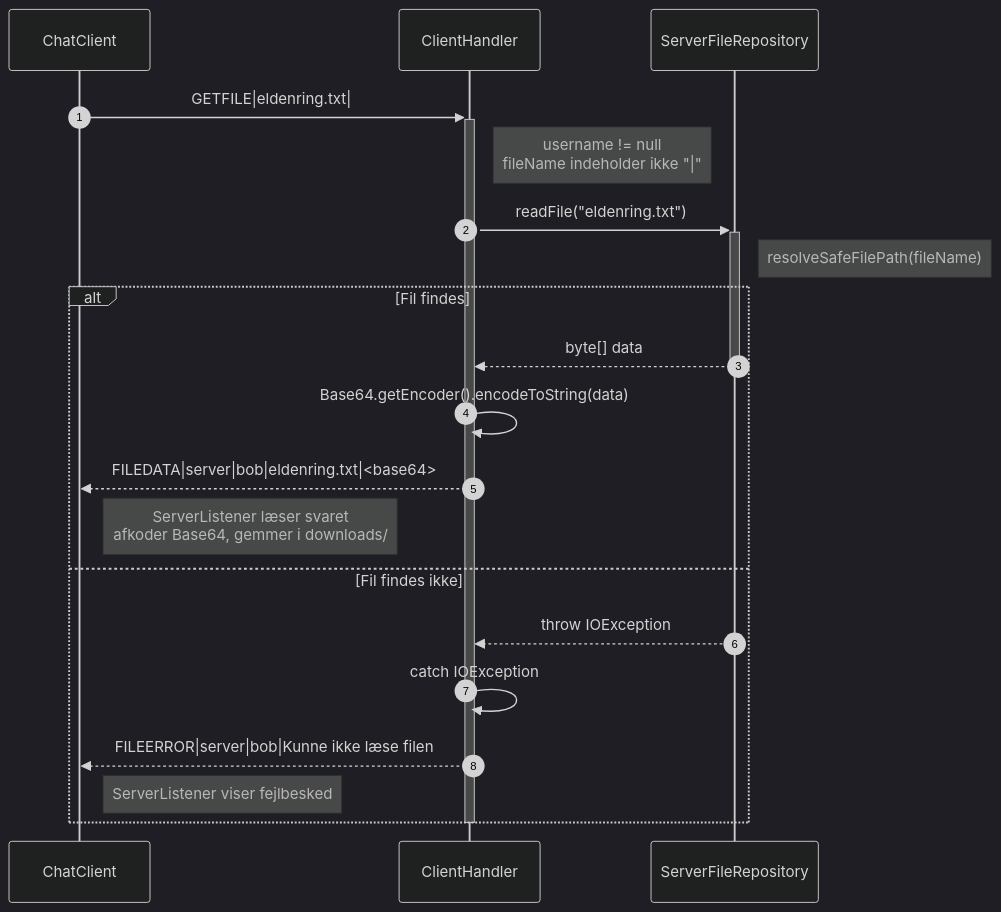
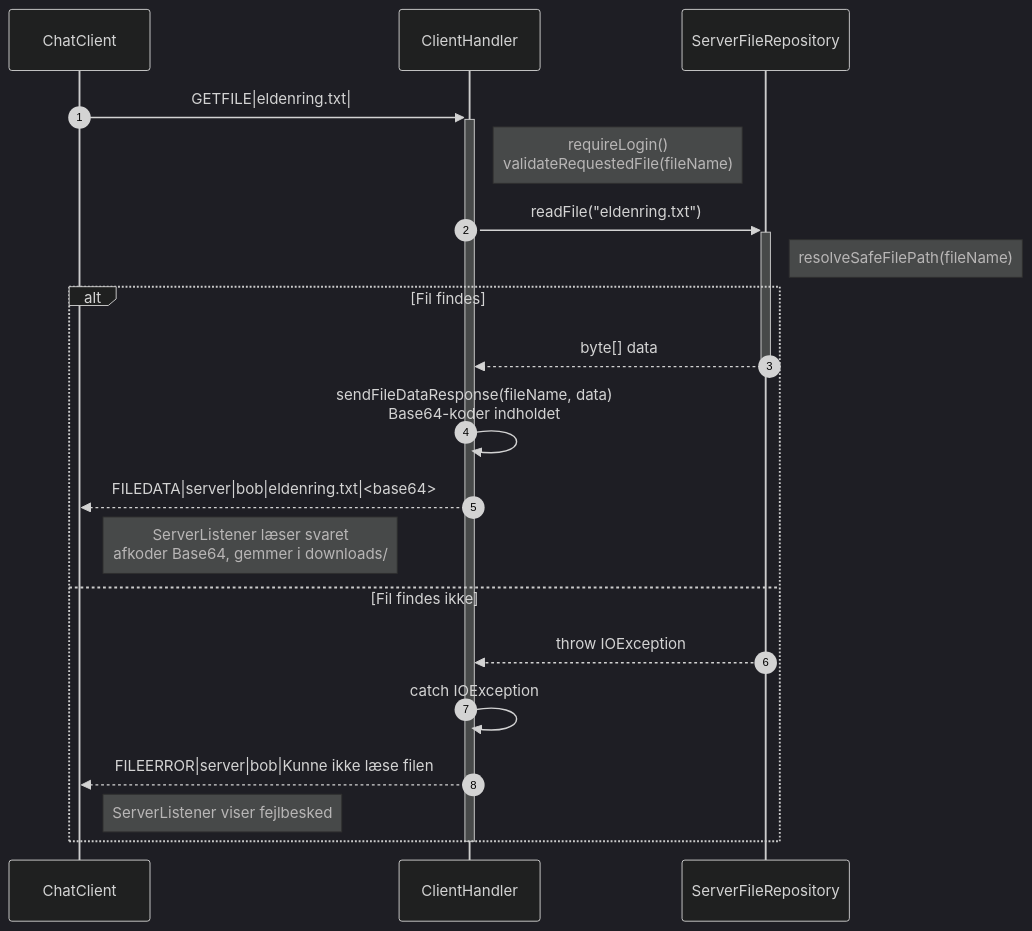
One commit to Rheedocs/Hello-World-Chat changed the third of 3 diagrams in README.md. Above: the diagram before and after it, drawn with Mermaid (dark theme). The commit also changed other lines of this file, not shown here.

````diff
--- a/README.md
+++ b/README.md
@@ -288,26 +311,26 @@
 ```mermaid
 sequenceDiagram
    autonumber
    participant Client as ChatClient
    participant Handler as ClientHandler
    participant Repo as ServerFileRepository
 
    Client->>+Handler: GETFILE|eldenring.txt|
-   Note right of Handler: username != null<br/>fileName indeholder ikke "|"
+   Note right of Handler: requireLogin()<br/>validateRequestedFile(fileName)
 
    Handler->>+Repo: readFile("eldenring.txt")
    Note right of Repo: resolveSafeFilePath(fileName)
 
    alt Fil findes
        Repo-->>-Handler: byte[] data
-       Handler->>Handler: Base64.getEncoder().encodeToString(data)
+       Handler->>Handler: sendFileDataResponse(fileName, data)<br/>Base64-koder indholdet
        Handler-->>Client: FILEDATA|server|bob|eldenring.txt|<base64>
        Note right of Client: ServerListener læser svaret<br/>afkoder Base64, gemmer i downloads/
    else Fil findes ikke
        Repo-->>Handler: throw IOException
        Handler->>Handler: catch IOException
        Handler-->>Client: FILEERROR|server|bob|Kunne ikke læse filen
        Note right of Client: ServerListener viser fejlbesked
    end
    deactivate Handler
 ```
````
